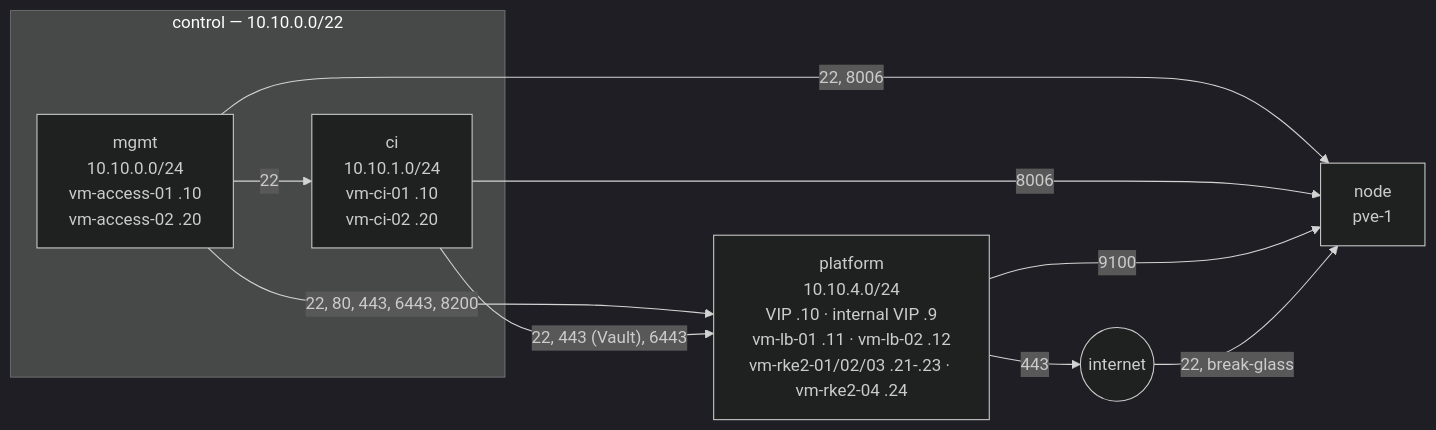
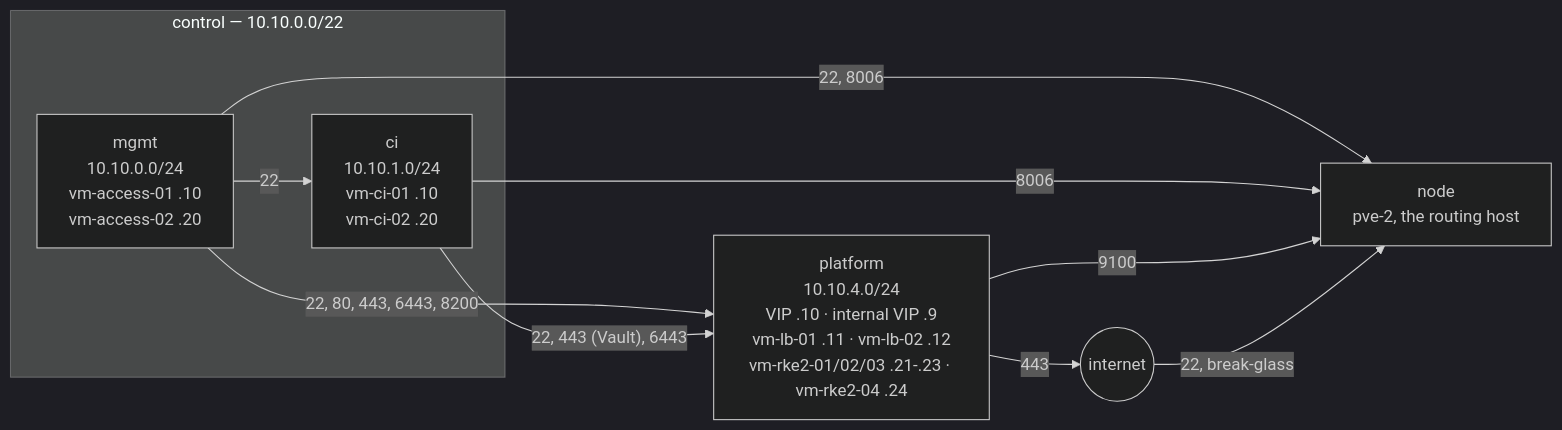
Before and after one commit to 0xc0-labs/infrastructure: the third of 7 diagrams in docs/architecture.md, drawn with Mermaid (dark theme). The commit also changed other lines of this file and 6 other files, not shown here.

````diff
--- a/docs/architecture.md
+++ b/docs/architecture.md
@@ -208,19 +218,19 @@
 ```mermaid
 flowchart LR
   subgraph control["control — 10.10.0.0/22"]
     mgmt["mgmt<br/>10.10.0.0/24<br/>vm-access-01 .10<br/>vm-access-02 .20"]
     ci["ci<br/>10.10.1.0/24<br/>vm-ci-01 .10<br/>vm-ci-02 .20"]
   end
   platform["platform<br/>10.10.4.0/24<br/>VIP .10 · internal VIP .9<br/>vm-lb-01 .11 · vm-lb-02 .12<br/>vm-rke2-01/02/03 .21-.23 · vm-rke2-04 .24"]
-  node["node<br/>pve-1"]
+  node["node<br/>pve-2, the routing host"]
   internet(("internet"))
 
   mgmt -- "22" --> ci
   mgmt -- "22, 80, 443, 6443, 8200" --> platform
   mgmt -- "22, 8006" --> node
   ci -- "22, 443 (Vault), 6443" --> platform
   ci -- "8006" --> node
   platform -- "9100" --> node
   platform -- "443" --> internet
   internet -- "22, break-glass" --> node
 ```
````
